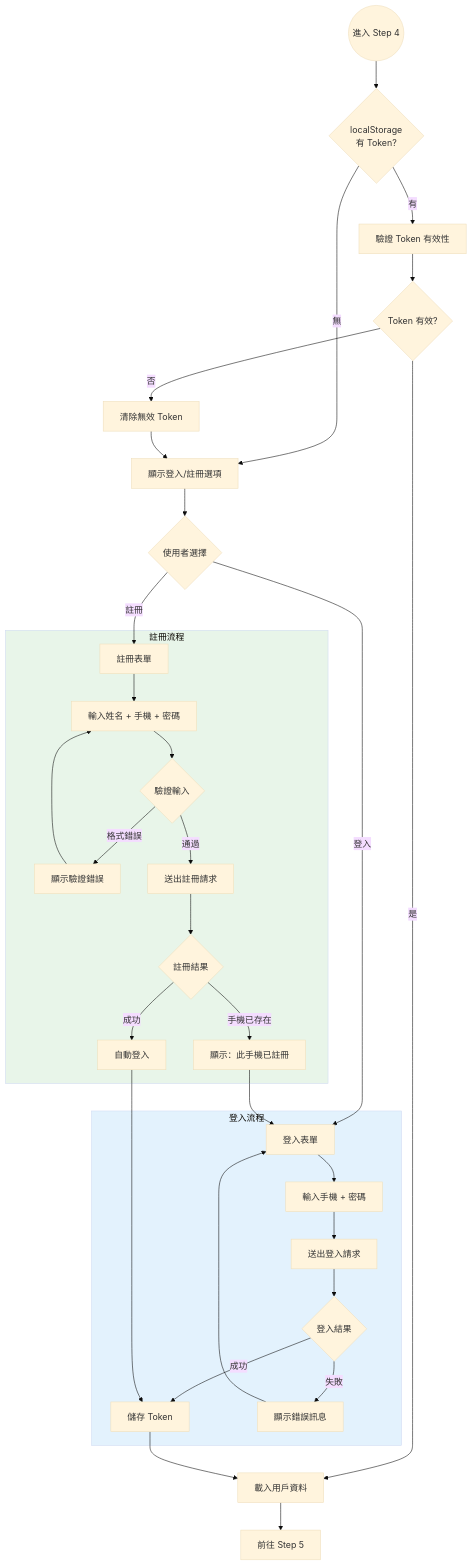
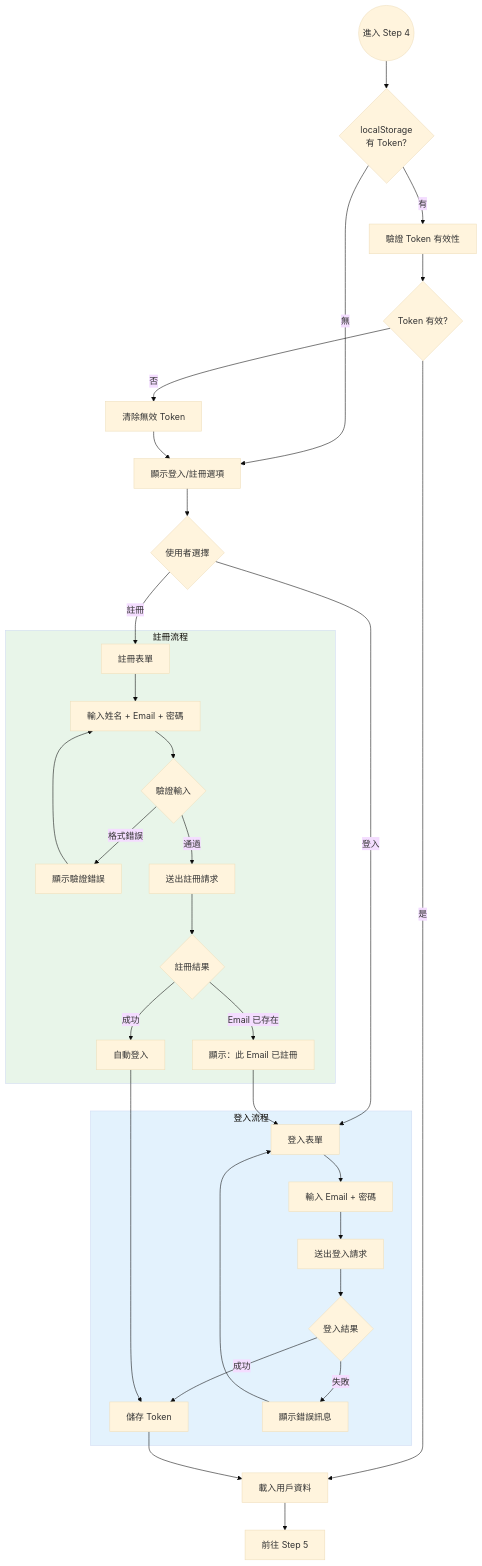
Before and after one commit to shaoairai/yulake: the third of 6 diagrams in docs/flowcharts/booking-flow.md, drawn with Mermaid (base theme). The commit also changed other lines of this file and 4 other files, not shown here.

````diff
--- a/docs/flowcharts/booking-flow.md
+++ b/docs/flowcharts/booking-flow.md
@@ -132,46 +132,46 @@
 ```mermaid
 flowchart TD
     Start((進入 Step 4)) --> CheckToken{"localStorage<br/>有 Token?"}
 
     CheckToken --> |"有"| ValidateToken["驗證 Token 有效性"]
     CheckToken --> |"無"| ShowOptions["顯示登入/註冊選項"]
 
     ValidateToken --> TokenValid{"Token 有效?"}
     TokenValid --> |"是"| LoadUser["載入用戶資料"]
     TokenValid --> |"否"| ClearToken["清除無效 Token"]
     ClearToken --> ShowOptions
 
     LoadUser --> ToStep5["前往 Step 5"]
 
     ShowOptions --> UserChoice{"使用者選擇"}
 
     UserChoice --> |"登入"| LoginForm["登入表單"]
     UserChoice --> |"註冊"| RegisterForm["註冊表單"]
 
     subgraph LoginProcess["登入流程"]
-        LoginForm --> InputLogin["輸入手機 + 密碼"]
+        LoginForm --> InputLogin["輸入 Email + 密碼"]
         InputLogin --> SubmitLogin["送出登入請求"]
         SubmitLogin --> LoginResult{"登入結果"}
         LoginResult --> |"成功"| SaveToken["儲存 Token"]
         LoginResult --> |"失敗"| LoginError["顯示錯誤訊息"]
         LoginError --> LoginForm
     end
 
     subgraph RegisterProcess["註冊流程"]
-        RegisterForm --> InputRegister["輸入姓名 + 手機 + 密碼"]
+        RegisterForm --> InputRegister["輸入姓名 + Email + 密碼"]
         InputRegister --> ValidateInput{"驗證輸入"}
         ValidateInput --> |"格式錯誤"| ShowValidation["顯示驗證錯誤"]
         ShowValidation --> InputRegister
         ValidateInput --> |"通過"| SubmitRegister["送出註冊請求"]
         SubmitRegister --> RegisterResult{"註冊結果"}
         RegisterResult --> |"成功"| AutoLogin["自動登入"]
-        RegisterResult --> |"手機已存在"| PhoneExists["顯示：此手機已註冊"]
-        PhoneExists --> LoginForm
+        RegisterResult --> |"Email 已存在"| EmailExists["顯示：此 Email 已註冊"]
+        EmailExists --> LoginForm
         AutoLogin --> SaveToken
     end
 
     SaveToken --> LoadUser
 
     style LoginProcess fill:#e3f2fd
     style RegisterProcess fill:#e8f5e9
 ```
````
